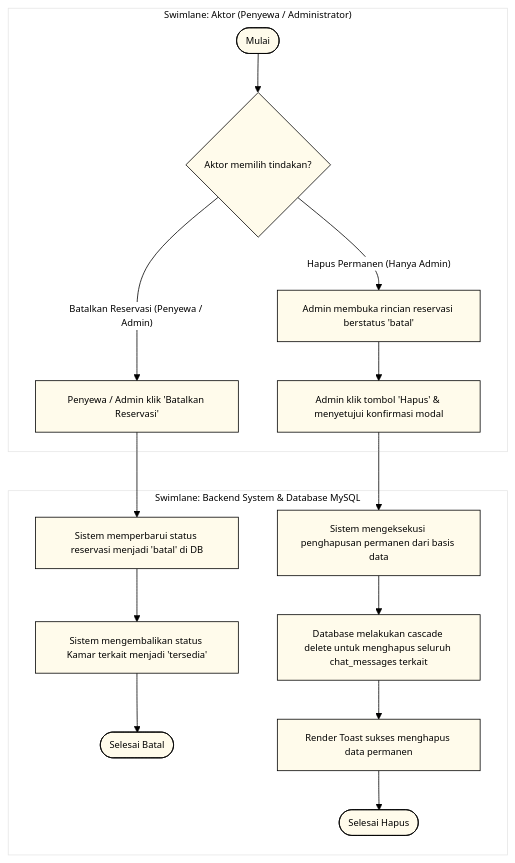
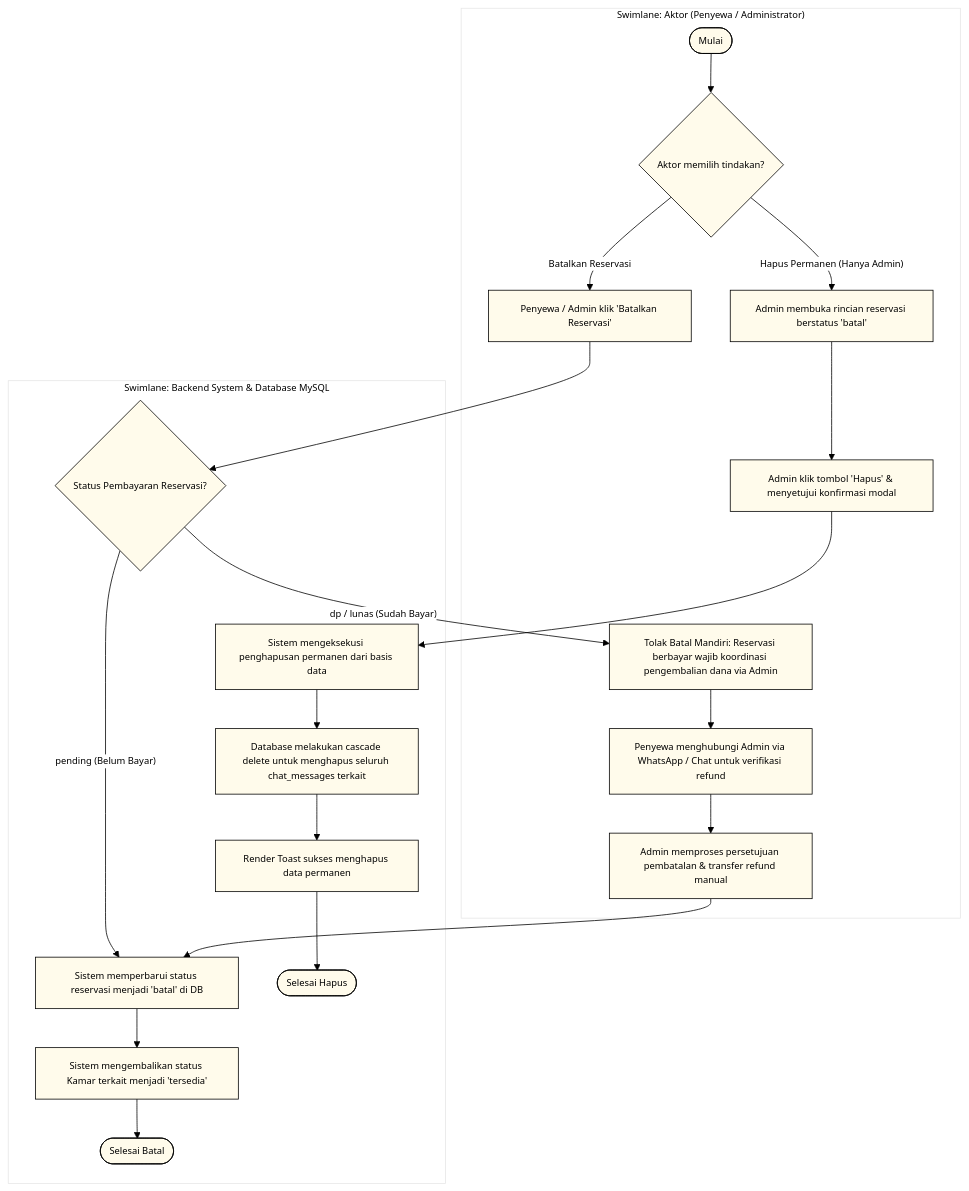
Before and after one commit to rafifarsyapradiva/asri-boarding-house: the diagram in Blueprint/activity/alur_hapus_reservasi.mmd, drawn with Mermaid. The commit also changed 21 other files, not shown here.

Commit message:
docs(blueprint): audit forensik, rekonstruksi semantik swimlane & finalisasi mutlak activity diagram UML 2.5 (v236.0)

```diff
--- a/Blueprint/activity/alur_hapus_reservasi.mmd
+++ b/Blueprint/activity/alur_hapus_reservasi.mmd
@@ -1,36 +1,44 @@
 %%{init: {
   'theme': 'base',
   'themeVariables': {
     'primaryColor': '#FFFBEB',
     'primaryTextColor': '#000000',
     'primaryBorderColor': '#000000',
     'lineColor': '#000000',
     'secondaryColor': '#FDE047',
     'tertiaryColor': '#FFFFFF',
     'edgeLabelBackground': '#FFFFFF',
     'fontSize': '12px',
     'fontFamily': 'Inter, system-ui, sans-serif'
   }
 }}%%
 flowchart TD
     subgraph Swimlane_Actors ["Swimlane: Aktor (Penyewa / Administrator)"]
         Start([Mulai]) --> PilihTindakan{"Aktor memilih tindakan?"}
         
         %% Alur Pembatalan
-        PilihTindakan -- "Batalkan Reservasi (Penyewa / Admin)" --> KlikTombolBatal["Penyewa / Admin klik 'Batalkan Reservasi'"]
+        PilihTindakan -- "Batalkan Reservasi" --> KlikTombolBatal["Penyewa / Admin klik 'Batalkan Reservasi'"]
         
         %% Alur Hapus Permanen
         PilihTindakan -- "Hapus Permanen (Hanya Admin)" --> BukaDetailReservasiBatal["Admin membuka rincian reservasi berstatus 'batal'"]
         BukaDetailReservasiBatal --> KlikHapusPermanen["Admin klik tombol 'Hapus' & menyetujui konfirmasi modal"]
+        
+        TolakBatalMandiri["Tolak Batal Mandiri: Reservasi berbayar wajib koordinasi pengembalian dana via Admin"] --> KoordinasiAdmin["Penyewa menghubungi Admin via WhatsApp / Chat untuk verifikasi refund"]
+        KoordinasiAdmin --> AdminSetBatal["Admin memproses persetujuan pembatalan & transfer refund manual"]
     end
 
     subgraph Swimlane_Backend ["Swimlane: Backend System & Database MySQL"]
-        KlikTombolBatal --> UpdateStatusBatal["Sistem memperbarui status reservasi menjadi 'batal' di DB"]
+        KlikTombolBatal --> CekStatusBatal{"Status Pembayaran Reservasi?"}
+        
+        CekStatusBatal -- "pending (Belum Bayar)" --> UpdateStatusBatal["Sistem memperbarui status reservasi menjadi 'batal' di DB"]
+        CekStatusBatal -- "dp / lunas (Sudah Bayar)" --> TolakBatalMandiri
+        AdminSetBatal --> UpdateStatusBatal
+        
         UpdateStatusBatal --> LepasKunciKamar["Sistem mengembalikan status Kamar terkait menjadi 'tersedia'"]
         LepasKunciKamar --> SelesaiBatal([Selesai Batal])
         
         KlikHapusPermanen --> ExecuteHapus["Sistem mengeksekusi penghapusan permanen dari basis data"]
         ExecuteHapus --> CascadeChat["Database melakukan cascade delete untuk menghapus seluruh chat_messages terkait"]
         CascadeChat --> TampilSuksesHapusReservasi["Render Toast sukses menghapus data permanen"]
         TampilSuksesHapusReservasi --> SelesaiHapus([Selesai Hapus])
     end
```
